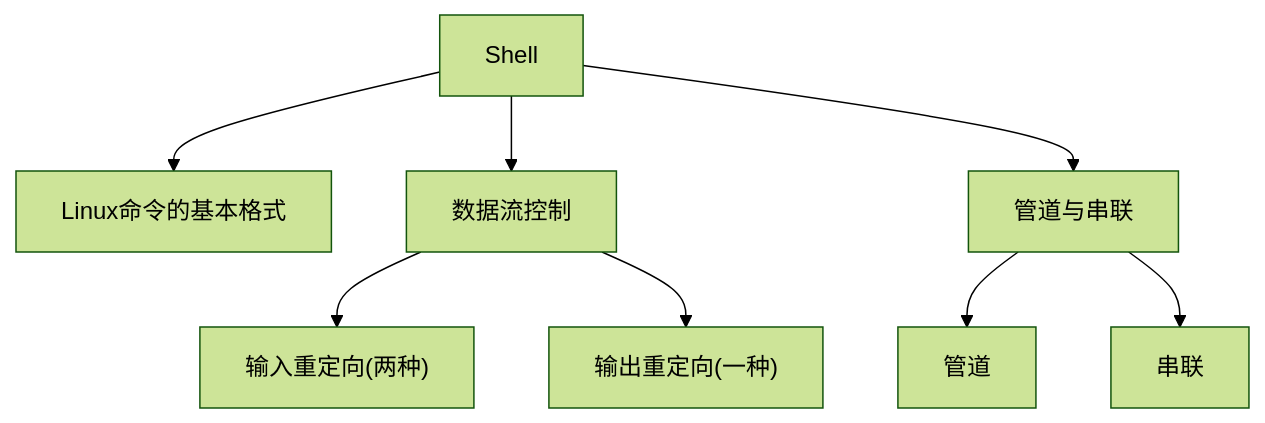
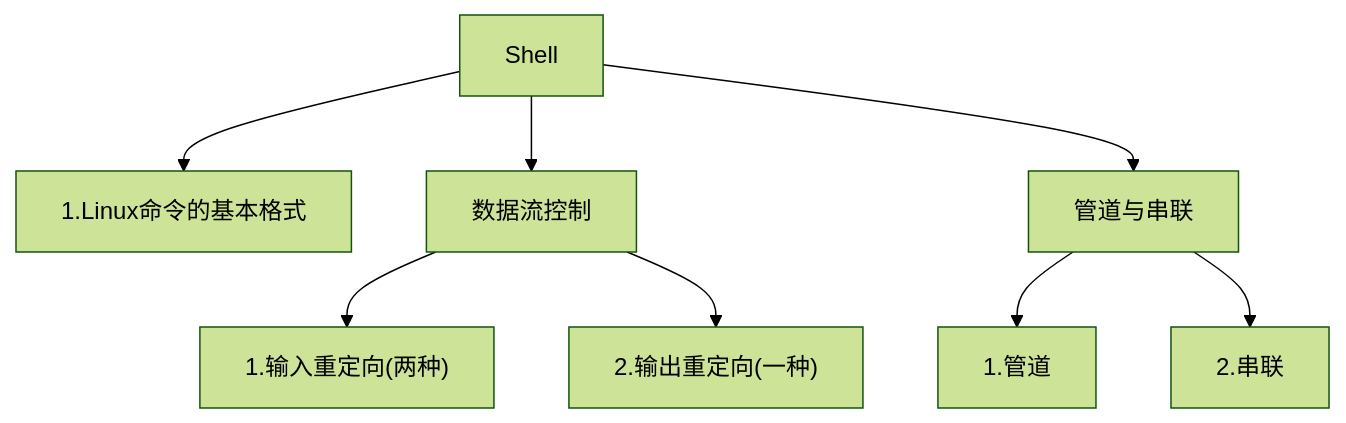
The first of 3 diagrams in docs/linux/shell-01-intro.md (78590-web/tech-blog), drawn with Mermaid (forest theme) before and after one commit. The commit also changed other lines of this file, not shown here.

````diff
--- a/docs/linux/shell-01-intro.md
+++ b/docs/linux/shell-01-intro.md
@@ -7,10 +7,10 @@
 ```mermaid
 flowchart TD
-A_1[Shell] --> B_1[Linux命令的基本格式]
-A_1[Shell] --> B_2[数据流控制]
-B_2[数据流控制] --> C_1["输入重定向(两种)"]
-B_2[数据流控制] --> C_2["输出重定向(一种)"]
-A_1[Shell] --> B_3[管道与串联]
-B_3[管道与串联] --> C_3[管道]
-B_3[管道与串联] --> C_4[串联]
+A_1[Shell] --> B_1["1.Linux命令的基本格式"]
+A_1[Shell] --> B_2["2.数据流控制"]
+B_2[数据流控制] --> C_1["1.输入重定向(两种)"]
+B_2[数据流控制] --> C_2["2.输出重定向(一种)"]
+A_1[Shell] --> B_3["3.管道与串联"]
+B_3[管道与串联] --> C_3["1.管道"]
+B_3[管道与串联] --> C_4["2.串联"]
 ```
````
